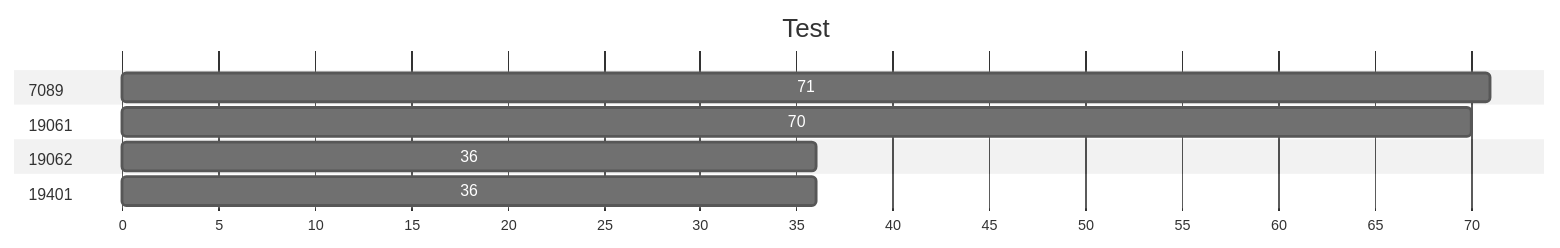
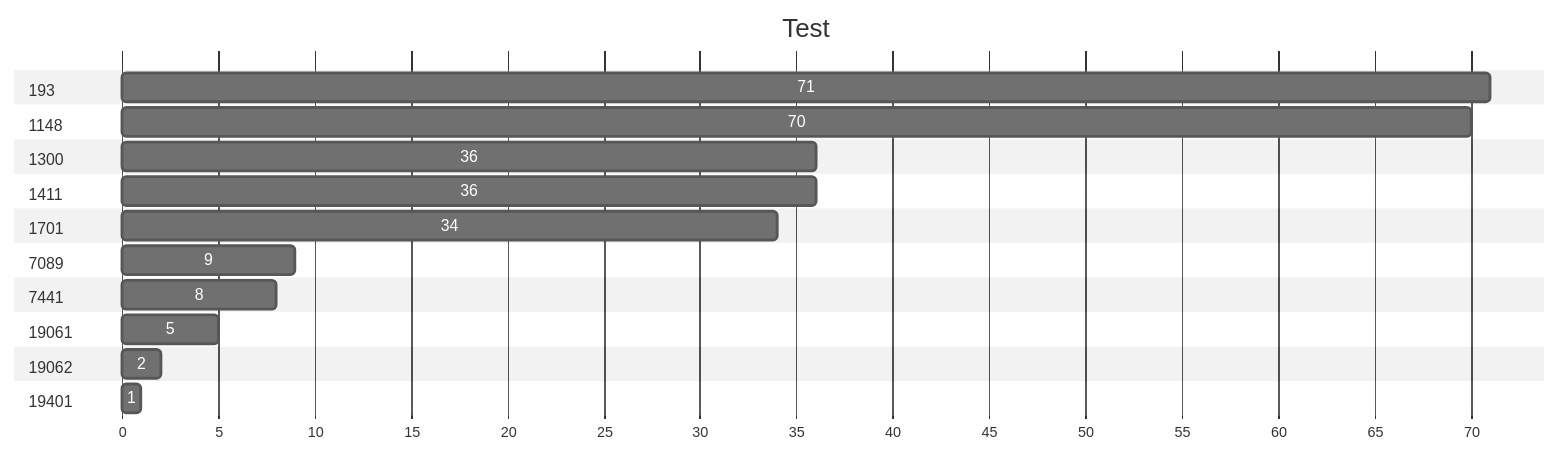
One commit to karistom/task-status changed the diagram in README.md. Above: the diagram before and after it, drawn with Mermaid (neutral theme).

````diff
--- a/README.md
+++ b/README.md
@@ -3,19 +3,37 @@
 ```mermaid
 gantt
     title Test
     todayMarker off
     dateFormat  X
     axisFormat %s
 
     section 19062
     71   : 0, 71
 
     section 19061
     70   : 0, 70
 
     section 19401
     36   : 0, 36
 
     section 7089
     36   : 0, 36
+    
+    section 193
+    34   : 0, 34
+ 
+    section 7441
+    9   : 0, 9
+    
+    section 1148
+    8   : 0, 8
+
+    section 1300
+    5   : 0, 5
+
+    section 1411
+    2   : 0, 2
+    
+    section 1701
+    1   : 0, 1
 ```
````
